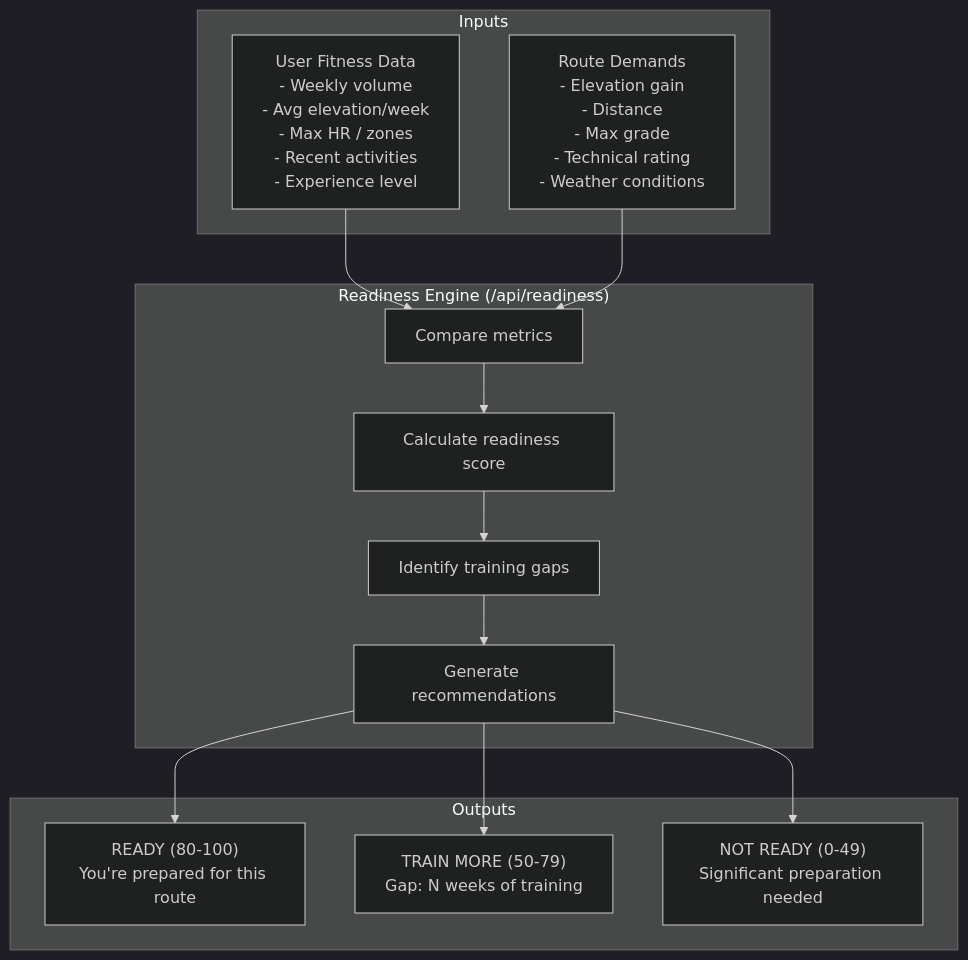
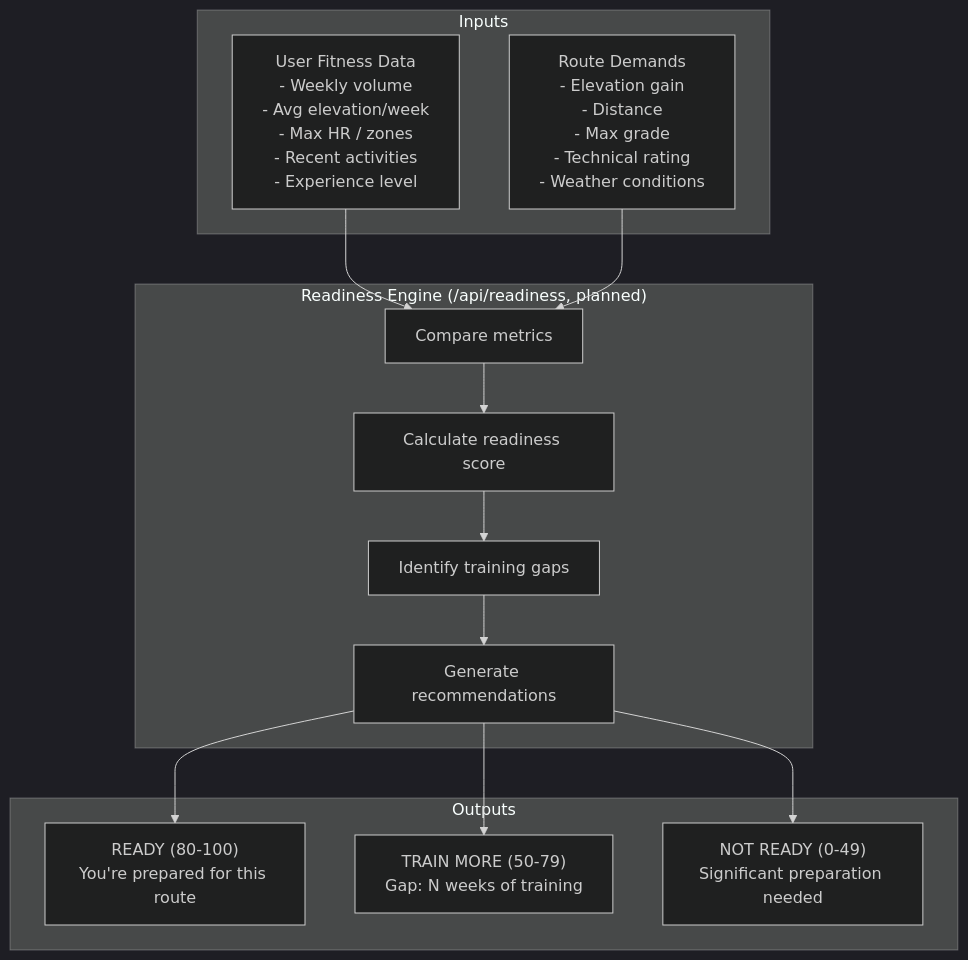
One commit to Oweeboi011/Fit-Ready-IQ changed the eighth of 18 diagrams in docs/solution-plan/SOLUTION-PLAN.md. Above: the diagram before and after it, drawn with Mermaid (dark theme). The commit also changed other lines of this file, not shown here.

````diff
--- a/docs/solution-plan/SOLUTION-PLAN.md
+++ b/docs/solution-plan/SOLUTION-PLAN.md
@@ -460,29 +472,29 @@
 ```mermaid
 flowchart TD
     subgraph Inputs
         Fitness["User Fitness Data<br/>- Weekly volume<br/>- Avg elevation/week<br/>- Max HR / zones<br/>- Recent activities<br/>- Experience level"]
         Route["Route Demands<br/>- Elevation gain<br/>- Distance<br/>- Max grade<br/>- Technical rating<br/>- Weather conditions"]
     end
 
-    subgraph Engine["Readiness Engine (/api/readiness)"]
+    subgraph Engine["Readiness Engine (/api/readiness, planned)"]
         Compare["Compare metrics"]
         Score["Calculate readiness score"]
         Gap["Identify training gaps"]
         Plan["Generate recommendations"]
     end
 
     subgraph Outputs
         Ready["READY (80-100)<br/>You're prepared for this route"]
         TrainMore["TRAIN MORE (50-79)<br/>Gap: N weeks of training"]
         NotReady["NOT READY (0-49)<br/>Significant preparation needed"]
     end
 
     Fitness --> Compare
     Route --> Compare
     Compare --> Score
     Score --> Gap
     Gap --> Plan
     Plan --> Ready
     Plan --> TrainMore
     Plan --> NotReady
 ```
````
